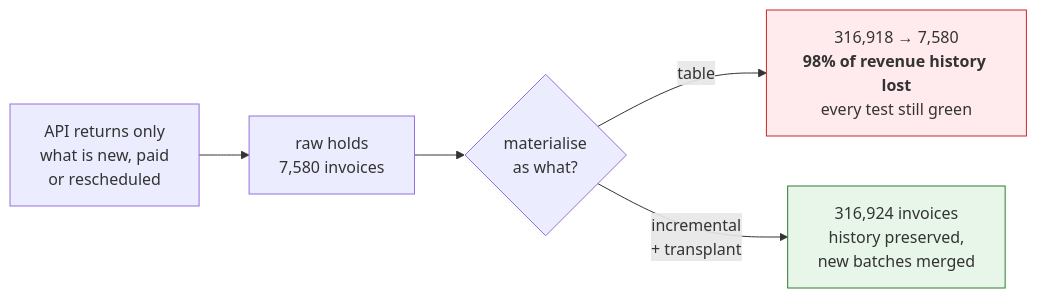
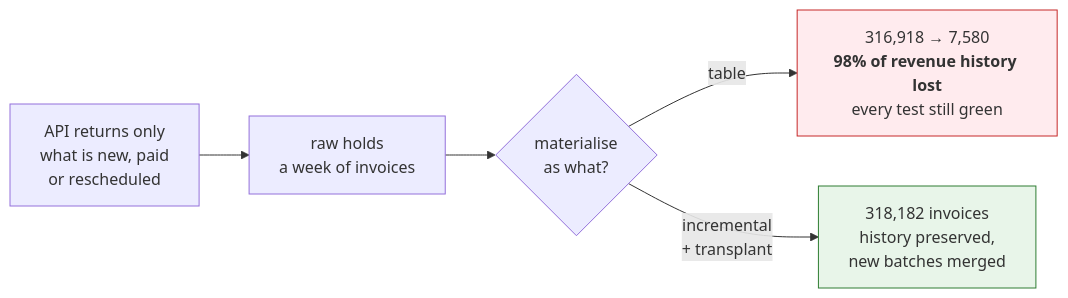
The third of 5 diagrams in static/architecture.md (AntonioAugustoF/sga-api-pipeline), drawn with Mermaid before and after one commit. The commit also changed other lines of this file and 78 other files, not shown here.

````diff
--- a/static/architecture.md
+++ b/static/architecture.md
@@ -123,12 +110,12 @@
 ```mermaid
 flowchart LR
-    A["API returns only<br/>what is new, paid<br/>or rescheduled"] --> B["raw holds<br/>7,580 invoices"]
+    A["API returns only<br/>what is new, paid<br/>or rescheduled"] --> B["raw holds<br/>a week of invoices"]
     B --> C{"materialise<br/>as what?"}
     C -->|"table"| D["316,918 → 7,580<br/><b>98% of revenue history lost</b><br/>every test still green"]
-    C -->|"incremental<br/>+ transplant"| E["316,924 invoices<br/>history preserved,<br/>new batches merged"]
+    C -->|"incremental<br/>+ transplant"| E["318,182 invoices<br/>history preserved,<br/>new batches merged"]
 
     classDef bad fill:#ffebee,stroke:#c62828
     classDef good fill:#e8f5e9,stroke:#2e7d32
     class D bad
     class E good
 ```
````
